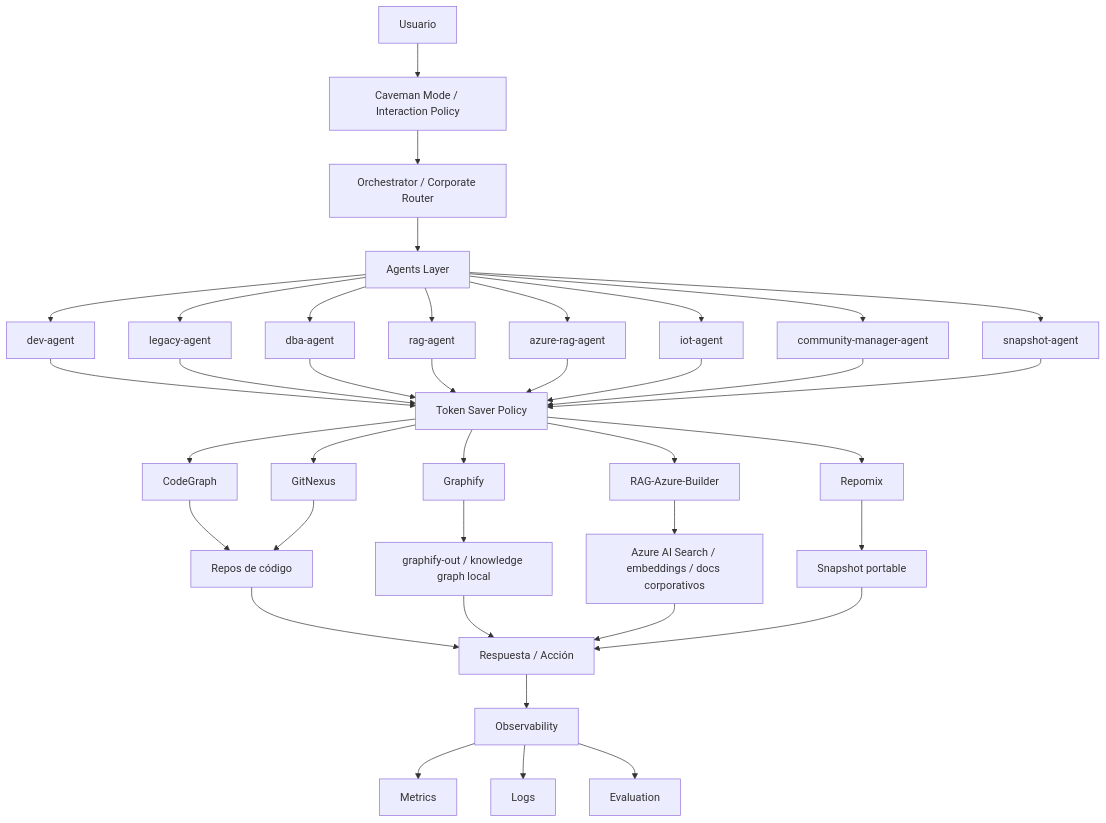
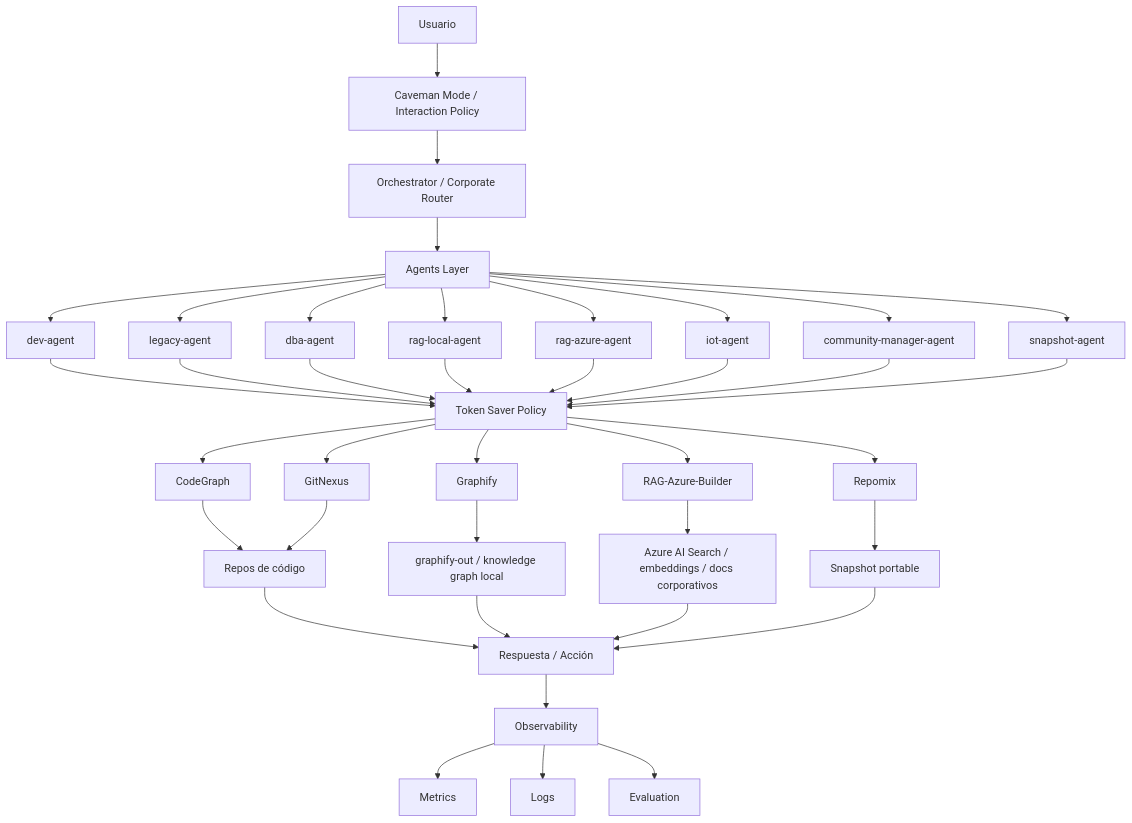
The diagram in ARCHITECTURE.md (Sertxito/mcp-efficiency-engine), drawn with Mermaid before and after one commit. The commit also changed 286 other files, not shown here.

````diff
--- a/ARCHITECTURE.md
+++ b/ARCHITECTURE.md
@@ -3,46 +3,46 @@
 ```mermaid
 flowchart TD
     U[Usuario] --> CM[Caveman Mode / Interaction Policy]
     CM --> O[Orchestrator / Corporate Router]
     O --> A[Agents Layer]
 
     A --> DEV[dev-agent]
     A --> LEG[legacy-agent]
     A --> DBA[dba-agent]
-    A --> RAG[rag-agent]
-    A --> AZ[azure-rag-agent]
+    A --> RAG[rag-local-agent]
+    A --> AZ[rag-azure-agent]
     A --> IOT[iot-agent]
     A --> COM[community-manager-agent]
     A --> SNAP[snapshot-agent]
 
     DEV --> TS[Token Saver Policy]
     LEG --> TS
     DBA --> TS
     RAG --> TS
     AZ --> TS
     IOT --> TS
     COM --> TS
     SNAP --> TS
 
     TS --> CG[CodeGraph]
     TS --> GN[GitNexus]
     TS --> GF[Graphify]
     TS --> AZRAG[RAG-Azure-Builder]
     TS --> RPM[Repomix]
 
     CG --> CODE[Repos de código]
     GN --> CODE
     GF --> KG[graphify-out / knowledge graph local]
     AZRAG --> AIS[Azure AI Search / embeddings / docs corporativos]
     RPM --> SNAPOUT[Snapshot portable]
 
     CODE --> RESP[Respuesta / Acción]
     KG --> RESP
     AIS --> RESP
     SNAPOUT --> RESP
 
     RESP --> OBS[Observability]
     OBS --> MET[Metrics]
     OBS --> LOGS[Logs]
     OBS --> EVAL[Evaluation]
 ```
````
